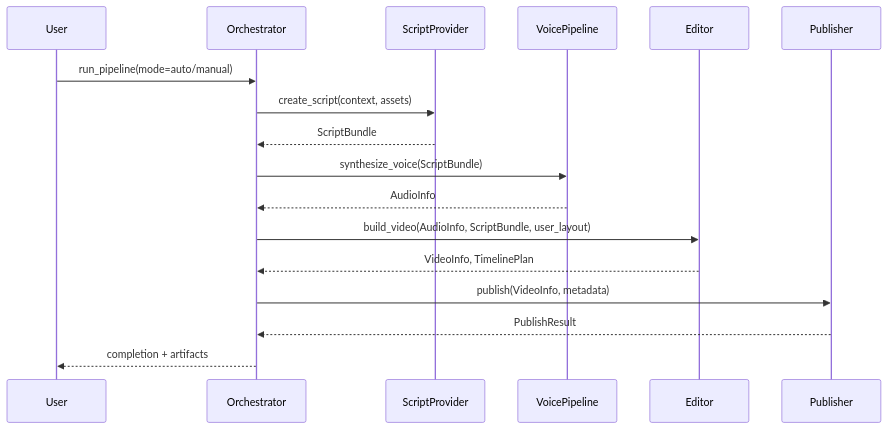
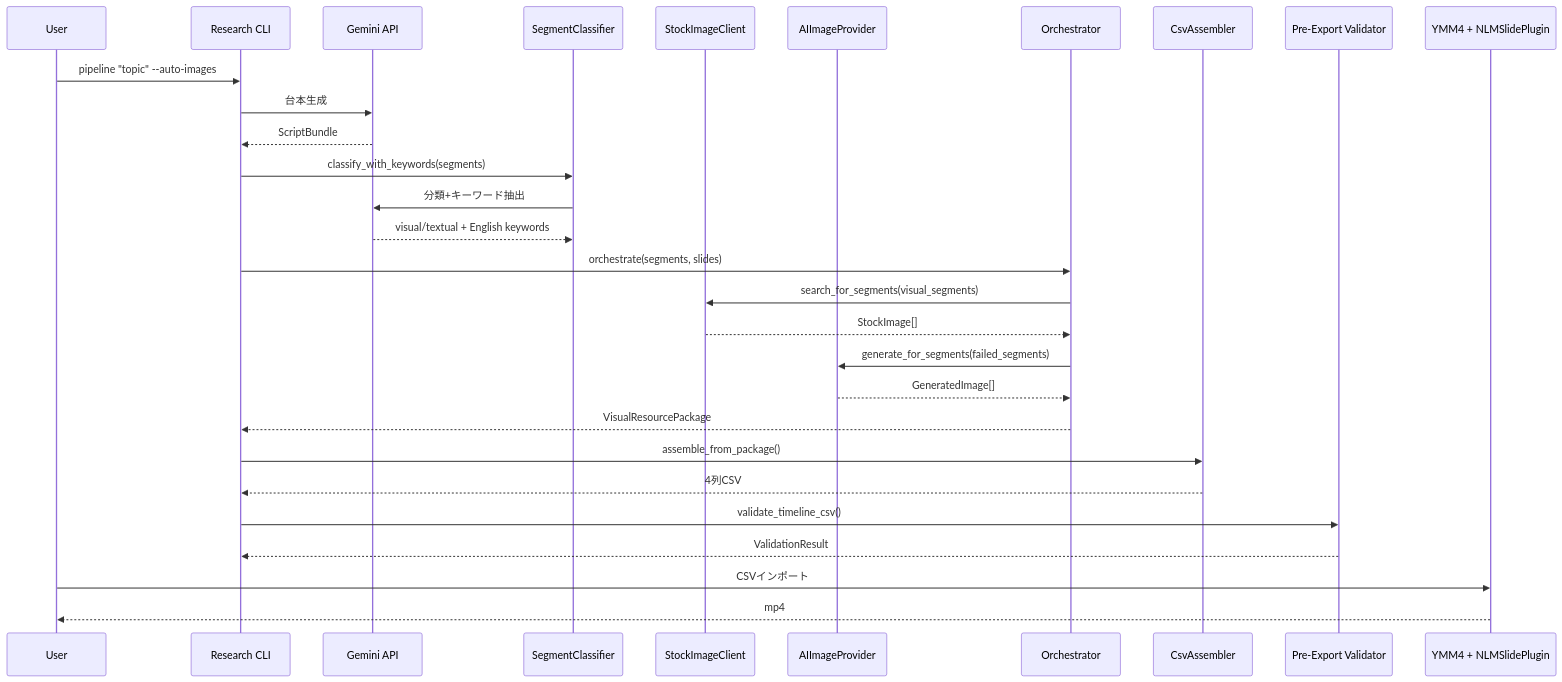
One commit to YuShimoji/NLMandSlideVideoGenerator changed the third of 3 diagrams in docs/system_architecture.md. Above: the diagram before and after it, drawn with Mermaid. The commit also changed other lines of this file and 5 other files, not shown here.

````diff
--- a/docs/system_architecture.md
+++ b/docs/system_architecture.md
@@ -136,20 +147,32 @@
 ```mermaid
 sequenceDiagram
     participant User
-    participant Orchestrator as Orchestrator
-    participant Script as ScriptProvider
-    participant Voice as VoicePipeline
-    participant Editor
-    participant Publisher
+    participant CLI as Research CLI
+    participant Gemini as Gemini API
+    participant Classifier as SegmentClassifier
+    participant Stock as StockImageClient
+    participant AI as AIImageProvider
+    participant Orch as Orchestrator
+    participant Asm as CsvAssembler
+    participant Val as Pre-Export Validator
+    participant YMM4 as YMM4 + NLMSlidePlugin
 
-    User->>Orchestrator: run_pipeline(mode=auto/manual)
-    Orchestrator->>Script: create_script(context, assets)
-    Script-->>Orchestrator: ScriptBundle
-    Orchestrator->>Voice: synthesize_voice(ScriptBundle)
-    Voice-->>Orchestrator: AudioInfo
-    Orchestrator->>Editor: build_video(AudioInfo, ScriptBundle, user_layout)
-    Editor-->>Orchestrator: VideoInfo, TimelinePlan
-    Orchestrator->>Publisher: publish(VideoInfo, metadata)
-    Publisher-->>Orchestrator: PublishResult
-    Orchestrator-->>User: completion + artifacts
+    User->>CLI: pipeline "topic" --auto-images
+    CLI->>Gemini: 台本生成
+    Gemini-->>CLI: ScriptBundle
+    CLI->>Classifier: classify_with_keywords(segments)
+    Classifier->>Gemini: 分類+キーワード抽出
+    Gemini-->>Classifier: visual/textual + English keywords
+    CLI->>Orch: orchestrate(segments, slides)
+    Orch->>Stock: search_for_segments(visual_segments)
+    Stock-->>Orch: StockImage[]
+    Orch->>AI: generate_for_segments(failed_segments)
+    AI-->>Orch: GeneratedImage[]
+    Orch-->>CLI: VisualResourcePackage
+    CLI->>Asm: assemble_from_package()
+    Asm-->>CLI: 4列CSV
+    CLI->>Val: validate_timeline_csv()
+    Val-->>CLI: ValidationResult
+    User->>YMM4: CSVインポート
+    YMM4-->>User: mp4
 ```
````
